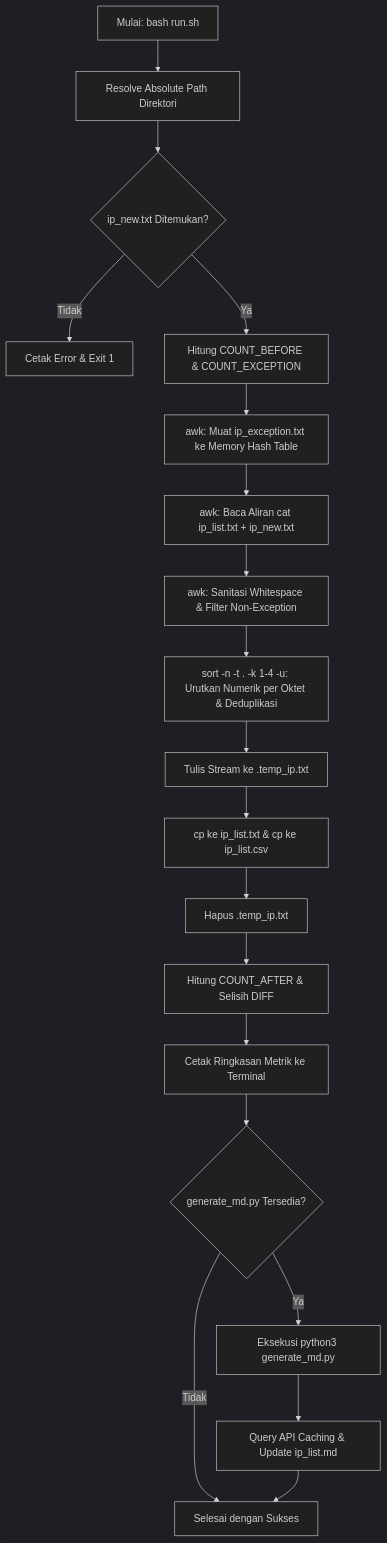
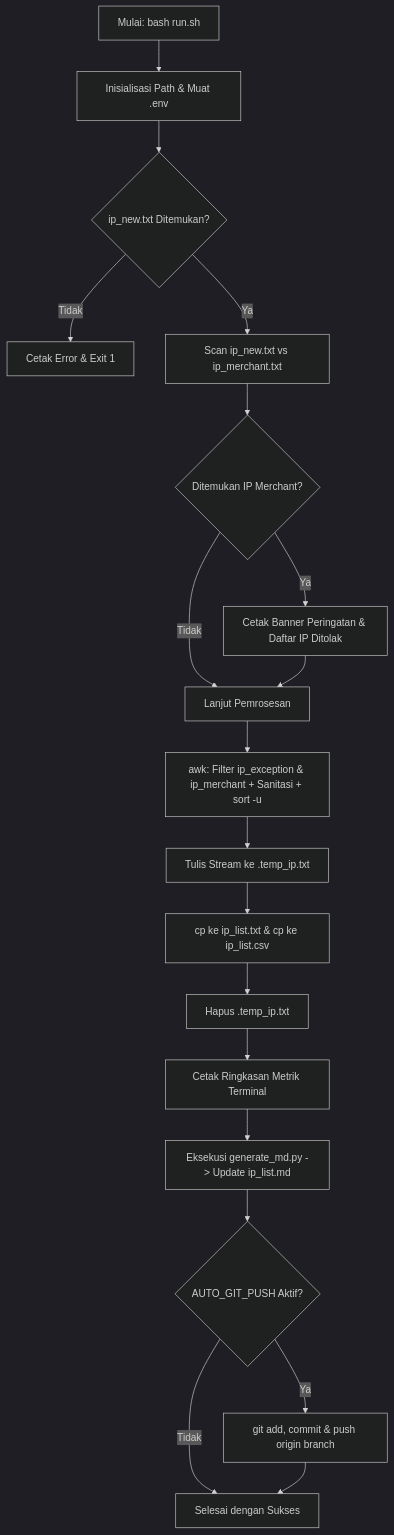
The diagram in README.md (blawoblowa/blackened), drawn with Mermaid (dark theme) before and after one commit. The commit also changed other lines of this file and 3 other files, not shown here.

````diff
--- a/README.md
+++ b/README.md
@@ -146,21 +145,21 @@
 ```mermaid
 flowchart TD
-    A[Mulai: bash run.sh] --> B[Resolve Absolute Path Direktori]
+    A[Mulai: bash run.sh] --> B[Inisialisasi Path & Muat .env]
     B --> C{ip_new.txt Ditemukan?}
     C -- Tidak --> D[Cetak Error & Exit 1]
-    C -- Ya --> E[Hitung COUNT_BEFORE & COUNT_EXCEPTION]
-    E --> F[awk: Muat ip_exception.txt ke Memory Hash Table]
-    F --> G[awk: Baca Aliran cat ip_list.txt + ip_new.txt]
-    G --> H[awk: Sanitasi Whitespace & Filter Non-Exception]
-    H --> I[sort -n -t . -k 1-4 -u: Urutkan Numerik per Oktet & Deduplikasi]
+    C -- Ya --> E[Scan ip_new.txt vs ip_merchant.txt]
+    E --> F{Ditemukan IP Merchant?}
+    F -- Ya --> G[Cetak Banner Peringatan & Daftar IP Ditolak]
+    F -- Tidak --> H[Lanjut Pemrosesan]
+    G --> H
+    H --> I[awk: Filter ip_exception & ip_merchant + Sanitasi + sort -u]
     I --> J[Tulis Stream ke .temp_ip.txt]
     J --> K[cp ke ip_list.txt & cp ke ip_list.csv]
     K --> L[Hapus .temp_ip.txt]
-    L --> M[Hitung COUNT_AFTER & Selisih DIFF]
-    M --> N[Cetak Ringkasan Metrik ke Terminal]
-    N --> O{generate_md.py Tersedia?}
-    O -- Ya --> P[Eksekusi python3 generate_md.py]
-    P --> Q[Query API Caching & Update ip_list.md]
-    O -- Tidak --> R[Selesai]
-    Q --> R[Selesai dengan Sukses]
+    L --> M[Cetak Ringkasan Metrik Terminal]
+    M --> N[Eksekusi generate_md.py -> Update ip_list.md]
+    N --> O{AUTO_GIT_PUSH Aktif?}
+    O -- Ya --> P[git add, commit & push origin branch]
+    O -- Tidak --> Q[Selesai]
+    P --> Q[Selesai dengan Sukses]
 ```
````
